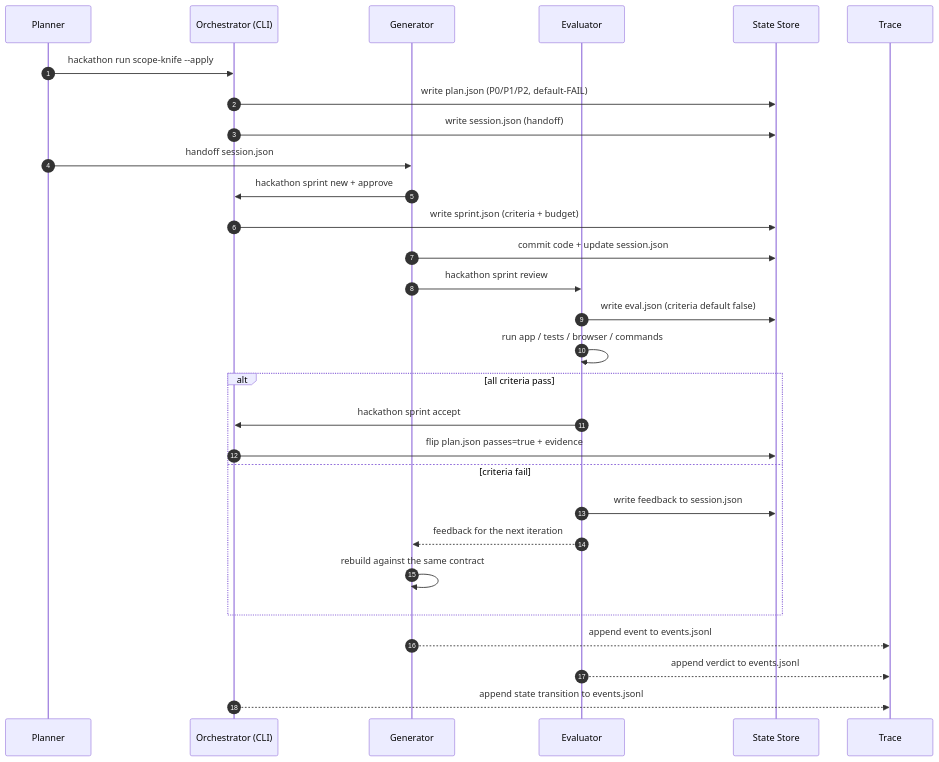
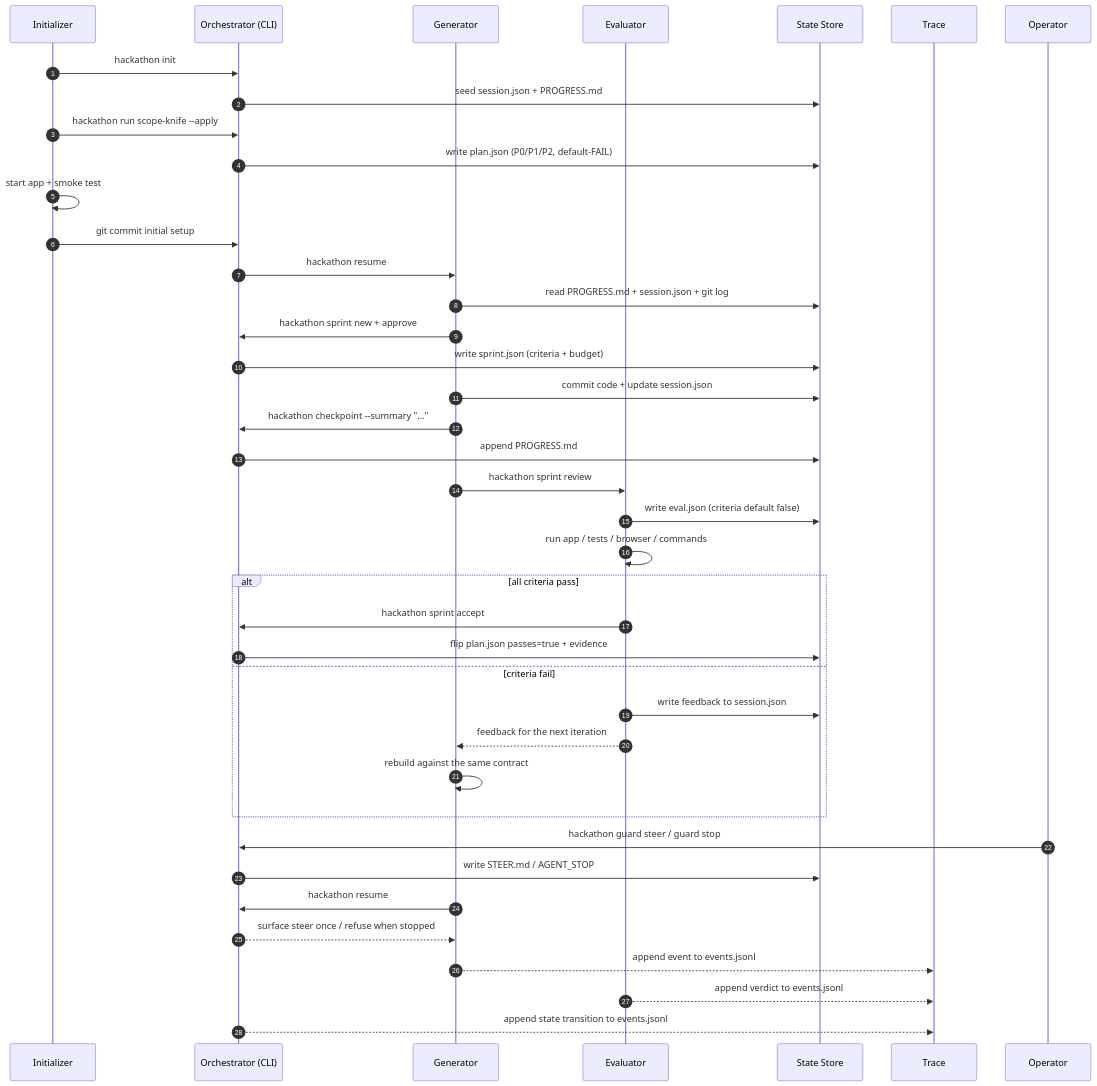
The third of 3 diagrams in README.md (MAGA2010/hackathon-run), drawn with Mermaid before and after one commit. The commit also changed other lines of this file and 20 other files, not shown here.

Commit message:
feat(harness): add initializer, progress handoff, operator controls

````diff
--- a/README.md
+++ b/README.md
@@ -168,34 +179,46 @@
 ```mermaid
 sequenceDiagram
   autonumber
-  participant P as Planner
+  participant I as Initializer
   participant O as Orchestrator (CLI)
   participant G as Generator
   participant E as Evaluator
   participant S as State Store
   participant T as Trace
+  participant Op as Operator
 
-  P->>O: hackathon run scope-knife --apply
+  I->>O: hackathon init
+  O->>S: seed session.json + PROGRESS.md
+  I->>O: hackathon run scope-knife --apply
   O->>S: write plan.json (P0/P1/P2, default-FAIL)
-  O->>S: write session.json (handoff)
-  P->>G: handoff session.json
+  I->>I: start app + smoke test
+  I->>O: git commit initial setup
+  O->>G: hackathon resume
+  G->>S: read PROGRESS.md + session.json + git log
   G->>O: hackathon sprint new + approve
   O->>S: write sprint.json (criteria + budget)
   G->>S: commit code + update session.json
+  G->>O: hackathon checkpoint --summary "..."
+  O->>S: append PROGRESS.md
   G->>E: hackathon sprint review
   E->>S: write eval.json (criteria default false)
   E->>E: run app / tests / browser / commands
 
   alt all criteria pass
     E->>O: hackathon sprint accept
     O->>S: flip plan.json passes=true + evidence
   else criteria fail
     E->>S: write feedback to session.json
     E-->>G: feedback for the next iteration
     G->>G: rebuild against the same contract
   end
 
+  Op->>O: hackathon guard steer / guard stop
+  O->>S: write STEER.md / AGENT_STOP
+  G->>O: hackathon resume
+  O-->>G: surface steer once / refuse when stopped
+
   G-->>T: append event to events.jsonl
   E-->>T: append verdict to events.jsonl
   O-->>T: append state transition to events.jsonl
 ```
````
